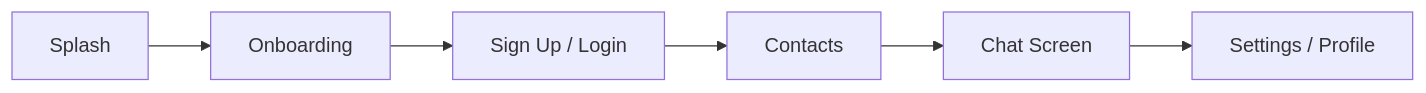
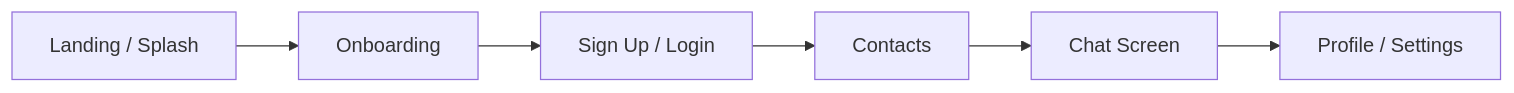
Before and after one commit to Talhaarif326/whisper: the first of 2 diagrams in README.md, drawn with Mermaid. The commit also changed other lines of this file and 61 other files, not shown here.

````diff
--- a/README.md
+++ b/README.md
@@ -47,8 +32,8 @@
 ```mermaid
 flowchart LR
-    A[Splash] --> B[Onboarding]
+    A[Landing / Splash] --> B[Onboarding]
     B --> C[Sign Up / Login]
     C --> D[Contacts]
     D --> E[Chat Screen]
-    E --> F[Settings / Profile]
+    E --> F[Profile / Settings]
 ```
````
